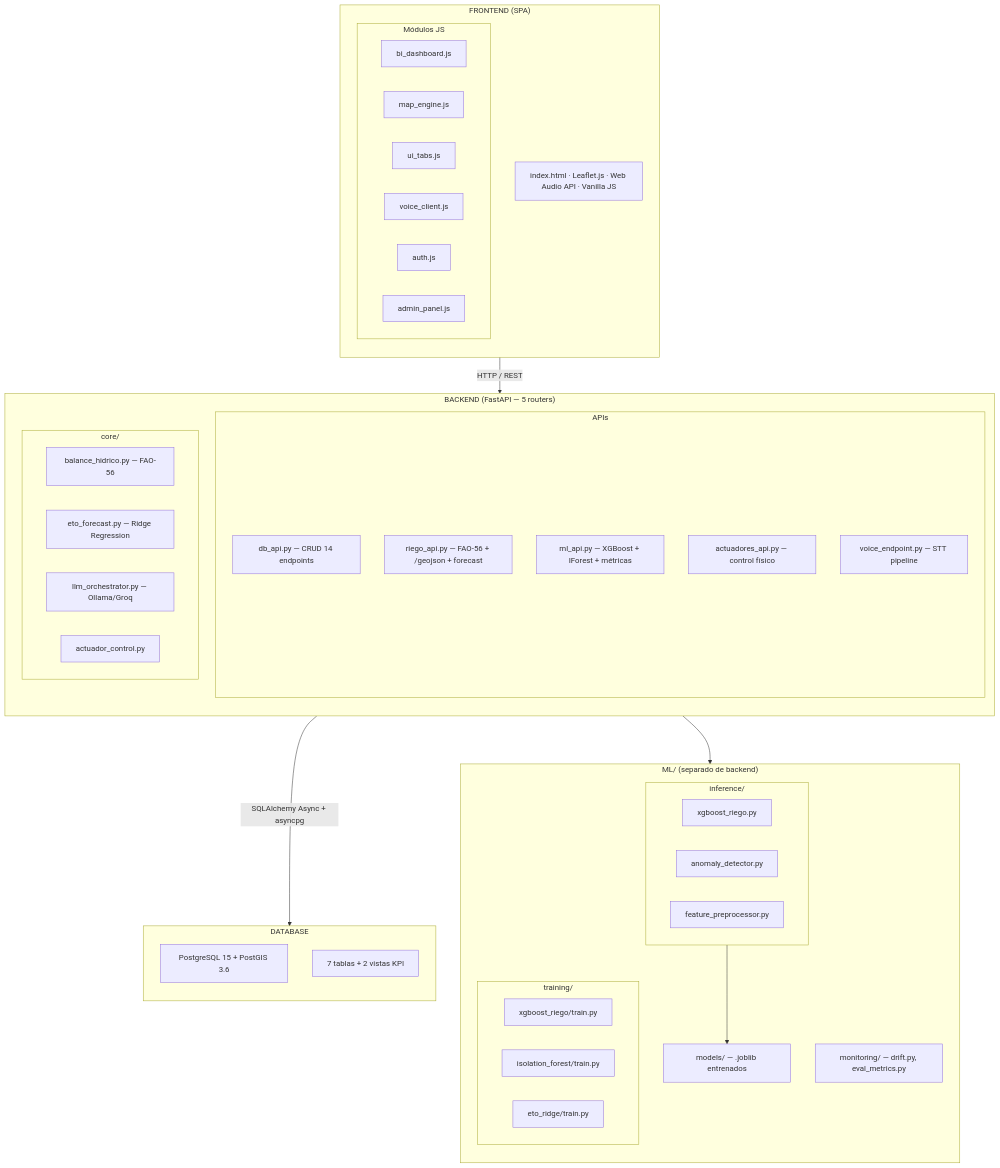
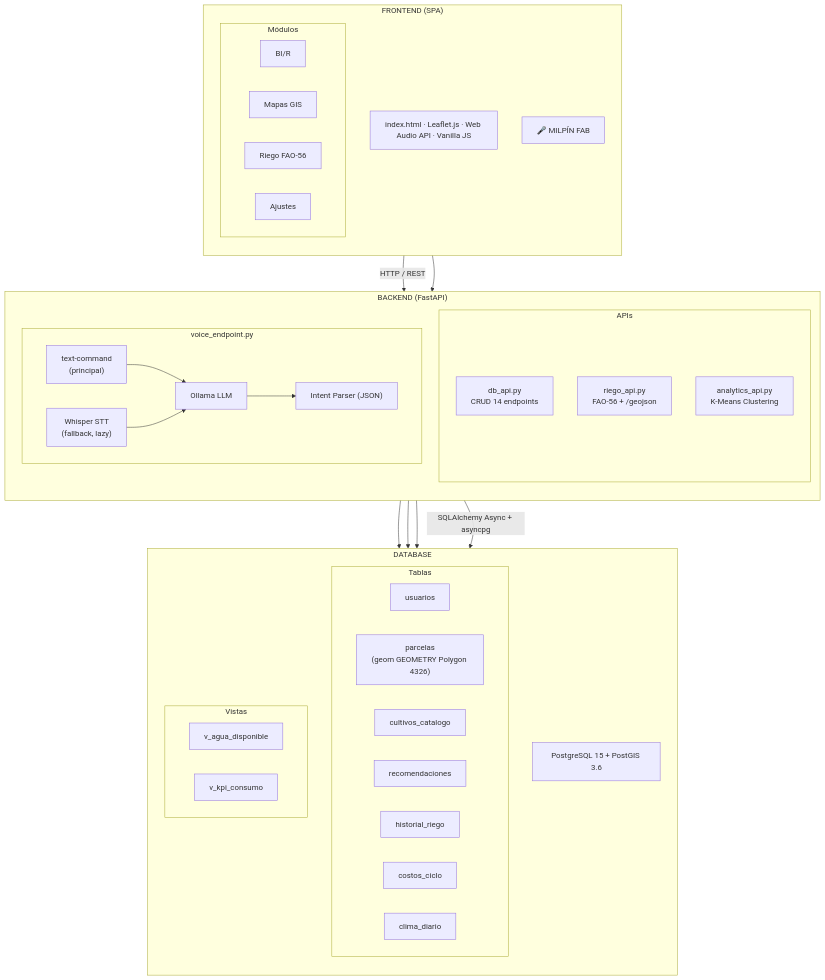
Before and after one commit to Zidnz/Milpin-pp26-v.1-: the first of 3 diagrams in README.md, drawn with Mermaid. The commit also changed other lines of this file and 298 other files, not shown here.

````diff
--- a/README.md
+++ b/README.md
@@ -126,59 +161,57 @@
 ```mermaid
 flowchart TB
     subgraph FRONTEND["FRONTEND (SPA)"]
         direction TB
         FE_TECH["index.html · Leaflet.js · Web Audio API · Vanilla JS"]
-        subgraph FE_MODULES["Módulos JS"]
-            BI["bi_dashboard.js"]
-            GIS["map_engine.js"]
-            RIEGO["ui_tabs.js"]
-            VOICE["voice_client.js"]
-            AUTH["auth.js"]
-            ADMIN["admin_panel.js"]
+        subgraph FE_MODULES["Módulos"]
+            BI["BI/R"]
+            GIS["Mapas GIS"]
+            RIEGO["Riego FAO-56"]
+            SETT["Ajustes"]
         end
+        VOICE_UI["🎤 MILPÍN FAB"]
     end
 
-    subgraph BACKEND["BACKEND (FastAPI — 5 routers)"]
+    subgraph BACKEND["BACKEND (FastAPI)"]
         direction TB
         subgraph APIS["APIs"]
-            DB_API["db_api.py — CRUD 14 endpoints"]
-            RIEGO_API["riego_api.py — FAO-56 + /geojson + forecast"]
-            ML_API["ml_api.py — XGBoost + IForest + métricas"]
-            ACT_API["actuadores_api.py — control físico"]
-            VOICE_EP["voice_endpoint.py — STT pipeline"]
+            DB_API["db_api.py\nCRUD 14 endpoints"]
+            RIEGO_API["riego_api.py\nFAO-56 + /geojson"]
+            ANALYTICS_API["analytics_api.py\nK-Means Clustering"]
         end
-        subgraph CORE["core/"]
-            BH["balance_hidrico.py — FAO-56"]
-            ETO["eto_forecast.py — Ridge Regression"]
-            LLM["llm_orchestrator.py — Ollama/Groq"]
-            ACT["actuador_control.py"]
+        subgraph VOICE_PIPELINE["voice_endpoint.py"]
+            TEXT_CMD["text-command\n(principal)"]
+            WHISPER["Whisper STT\n(fallback, lazy)"]
+            OLLAMA["Ollama LLM"]
+            PARSER["Intent Parser (JSON)"]
+            TEXT_CMD --> OLLAMA
+            WHISPER --> OLLAMA
+            OLLAMA --> PARSER
         end
-    end
-
-    subgraph ML_MODULE["ML/ (separado de backend)"]
-        direction TB
-        subgraph INFERENCE["inference/"]
-            XGB["xgboost_riego.py"]
-            IFOR["anomaly_detector.py"]
-            FEAT["feature_preprocessor.py"]
-        end
-        subgraph TRAINING["training/"]
-            TXGB["xgboost_riego/train.py"]
-            TIFOR["isolation_forest/train.py"]
-            TETO["eto_ridge/train.py"]
-        end
-        MODELS["models/ — .joblib entrenados"]
-        MONITOR["monitoring/ — drift.py, eval_metrics.py"]
     end
 
     subgraph DB["DATABASE"]
         direction TB
         DB_ENGINE["PostgreSQL 15 + PostGIS 3.6"]
-        TABLES["7 tablas + 2 vistas KPI"]
+        subgraph TABLES["Tablas"]
+            USERS["usuarios"]
+            PARCELAS["parcelas\n(geom GEOMETRY Polygon 4326)"]
+            CULTIVOS["cultivos_catalogo"]
+            RECOM["recomendaciones"]
+            HIST["historial_riego"]
+            COSTOS["costos_ciclo"]
+            CLIMA["clima_diario"]
+        end
+        subgraph VIEWS["Vistas"]
+            V_AGUA["v_agua_disponible"]
+            V_KPI["v_kpi_consumo"]
+        end
     end
 
     FRONTEND -->|"HTTP / REST"| BACKEND
     BACKEND -->|"SQLAlchemy Async + asyncpg"| DB
-    ML_API --> INFERENCE
-    INFERENCE --> MODELS
+    VOICE_UI --> BACKEND
+    DB_API --> DB_ENGINE
+    RIEGO_API --> DB_ENGINE
+    ANALYTICS_API --> DB_ENGINE
 ```
````
